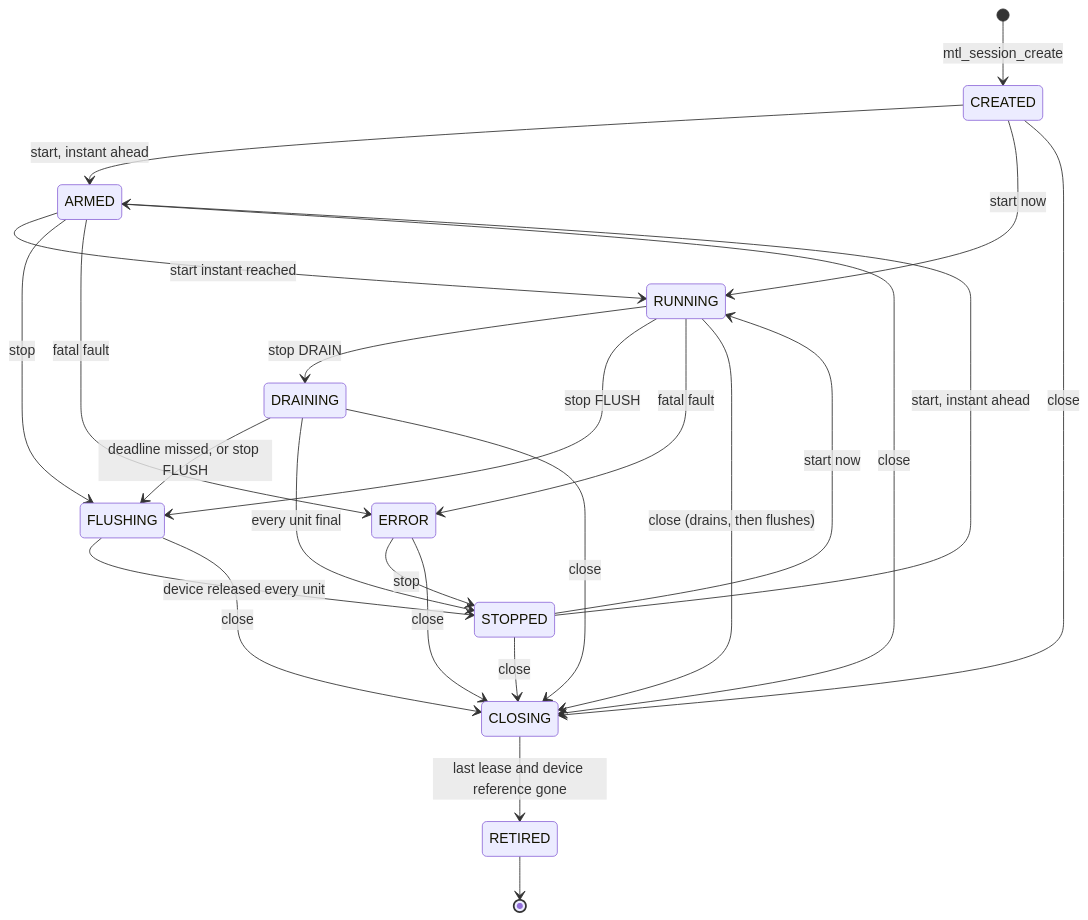
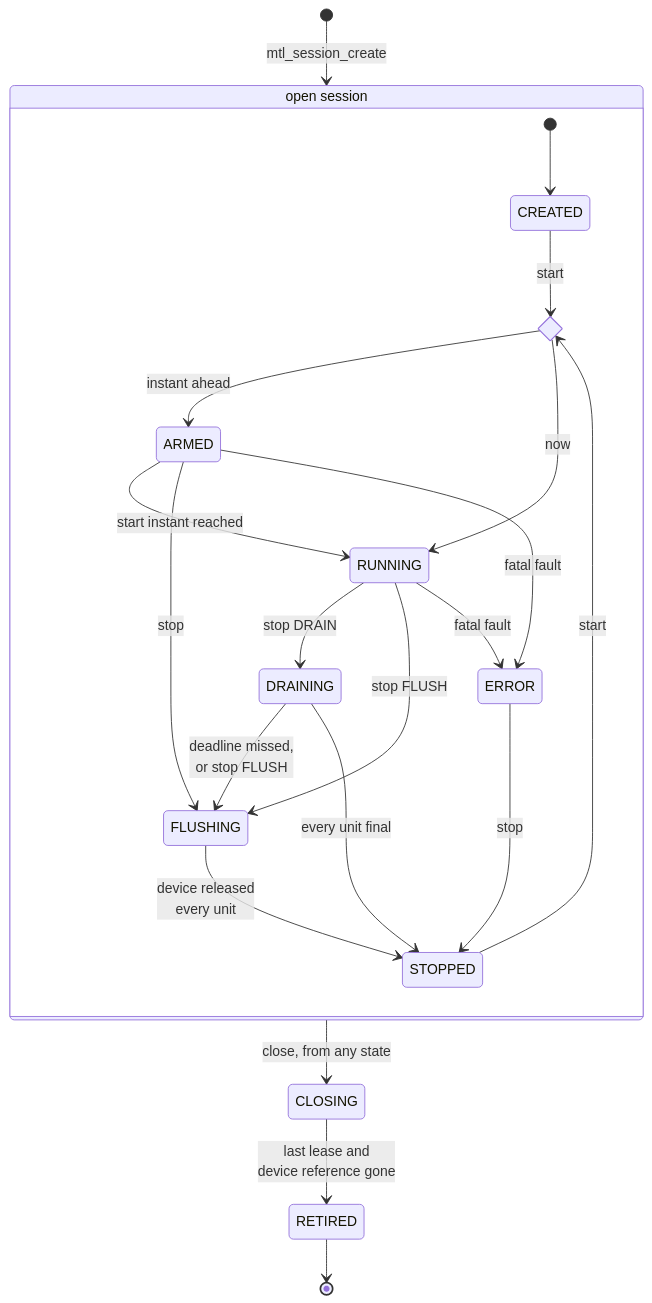
Before and after one commit to Sakoram/Media-Transport-Library: the second of 15 diagrams in doc/unified-api/contract.md, drawn with Mermaid. The commit also changed other lines of this file and 15 other files, not shown here.

First line of the commit message:
Docs: Move the unified API diagrams into their topic documents

````diff
--- a/doc/unified-api/contract.md
+++ b/doc/unified-api/contract.md
@@ -811,27 +839,25 @@
 ```mermaid
 stateDiagram-v2
-    [*] --> CREATED: mtl_session_create
-    CREATED --> ARMED: start, instant ahead
-    CREATED --> RUNNING: start now
-    STOPPED --> ARMED: start, instant ahead
-    STOPPED --> RUNNING: start now
-    ARMED --> RUNNING: start instant reached
-    ARMED --> FLUSHING: stop
-    RUNNING --> DRAINING: stop DRAIN
-    RUNNING --> FLUSHING: stop FLUSH
-    DRAINING --> FLUSHING: deadline missed, or stop FLUSH
-    DRAINING --> STOPPED: every unit final
-    FLUSHING --> STOPPED: device released every unit
-    RUNNING --> ERROR: fatal fault
-    ARMED --> ERROR: fatal fault
-    ERROR --> STOPPED: stop
-    CREATED --> CLOSING: close
-    STOPPED --> CLOSING: close
-    ERROR --> CLOSING: close
-    ARMED --> CLOSING: close
-    RUNNING --> CLOSING: close (drains, then flushes)
-    DRAINING --> CLOSING: close
-    FLUSHING --> CLOSING: close
-    CLOSING --> RETIRED: last lease and device reference gone
+    state "open session" as OPEN {
+        state start <<choice>>
+        [*] --> CREATED
+        CREATED --> start: start
+        STOPPED --> start: start
+        start --> ARMED: instant ahead
+        start --> RUNNING: now
+        ARMED --> RUNNING: start instant reached
+        ARMED --> FLUSHING: stop
+        ARMED --> ERROR: fatal fault
+        RUNNING --> DRAINING: stop DRAIN
+        RUNNING --> FLUSHING: stop FLUSH
+        RUNNING --> ERROR: fatal fault
+        DRAINING --> FLUSHING: deadline missed,<br/>or stop FLUSH
+        DRAINING --> STOPPED: every unit final
+        FLUSHING --> STOPPED: device released<br/>every unit
+        ERROR --> STOPPED: stop
+    }
+    [*] --> OPEN: mtl_session_create
+    OPEN --> CLOSING: close, from any state
+    CLOSING --> RETIRED: last lease and<br/>device reference gone
     RETIRED --> [*]
 ```
````
